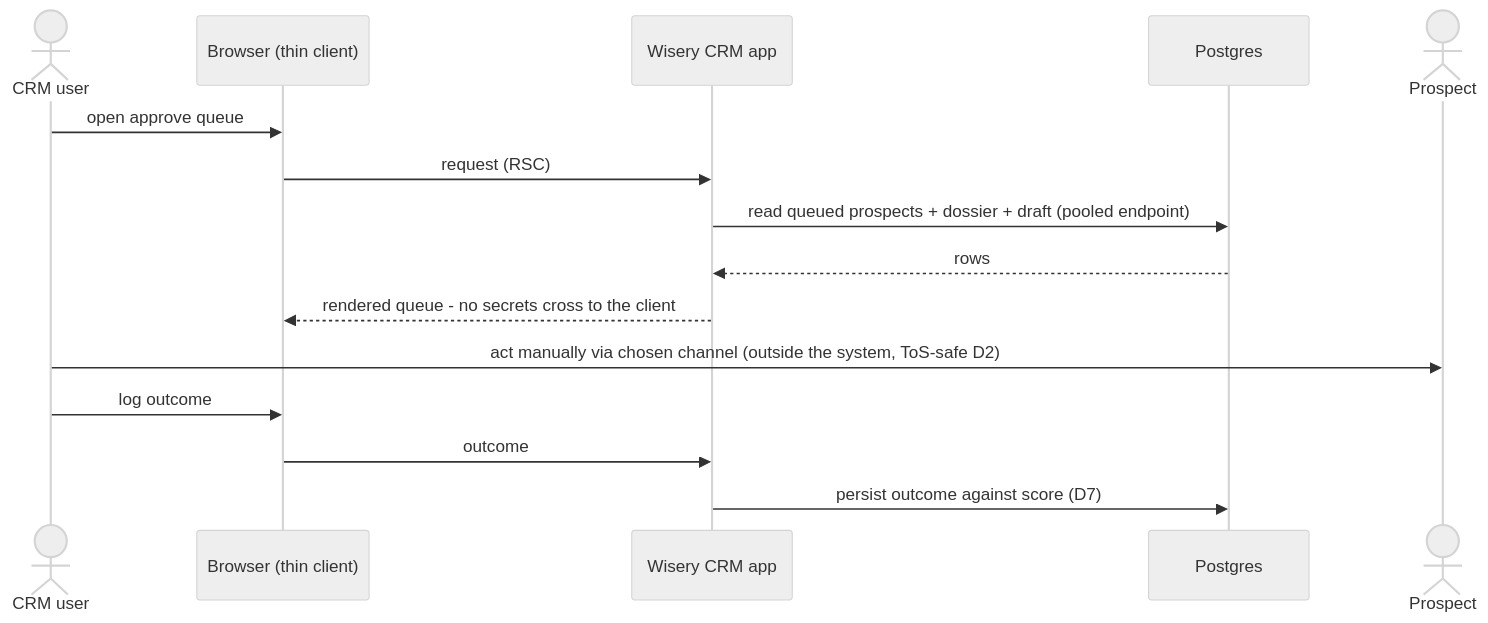
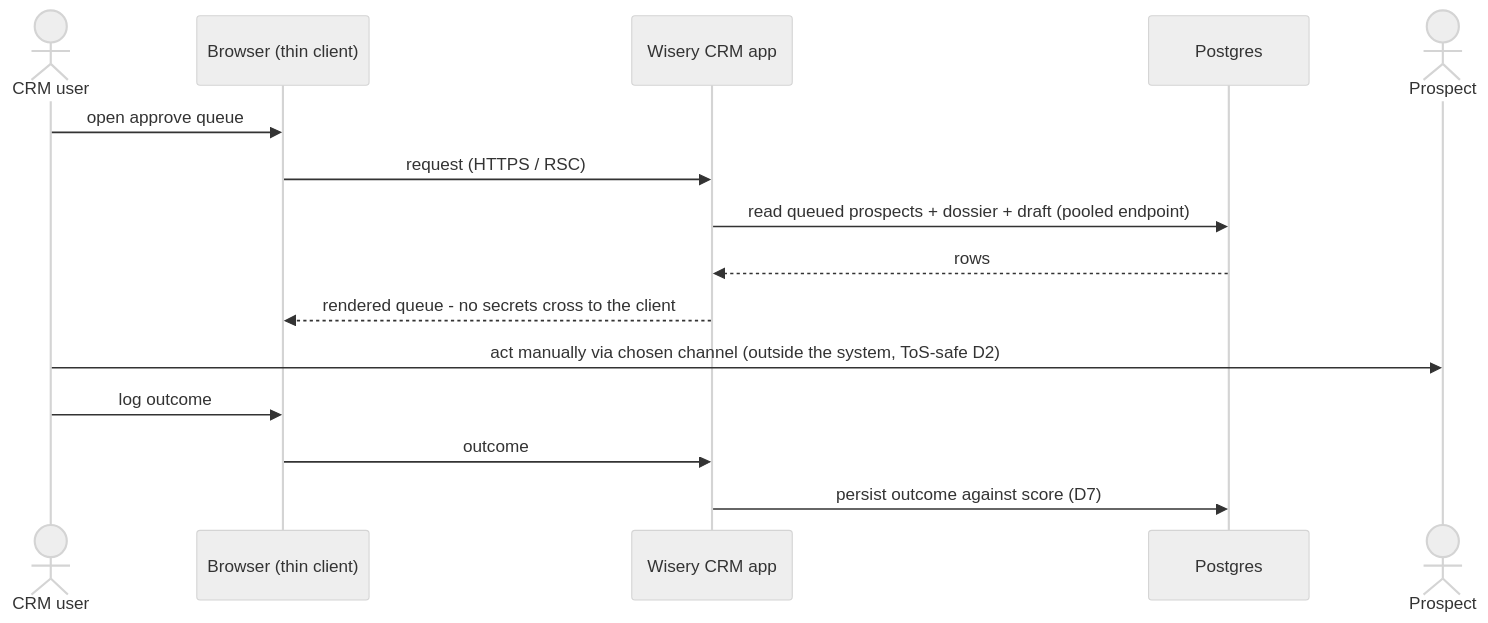
Before and after one commit to m-ratnikov/wisery-crm: the fifth of 5 diagrams in openspec/changes/c4-level2-architecture/system-design.md, drawn with Mermaid (neutral theme). The commit also changed other lines of this file and 11 other files, not shown here.

````diff
--- a/openspec/changes/c4-level2-architecture/system-design.md
+++ b/openspec/changes/c4-level2-architecture/system-design.md
@@ -137,18 +178,18 @@
 ```mermaid
 sequenceDiagram
     actor U as CRM user
     participant B as Browser (thin client)
     participant App as Wisery CRM app
     participant DB as Postgres
     actor P as Prospect
 
     U->>B: open approve queue
-    B->>App: request (RSC)
+    B->>App: request (HTTPS / RSC)
     App->>DB: read queued prospects + dossier + draft (pooled endpoint)
     DB-->>App: rows
     App-->>B: rendered queue - no secrets cross to the client
     U->>P: act manually via chosen channel (outside the system, ToS-safe D2)
     U->>B: log outcome
     B->>App: outcome
     App->>DB: persist outcome against score (D7)
 ```
````
